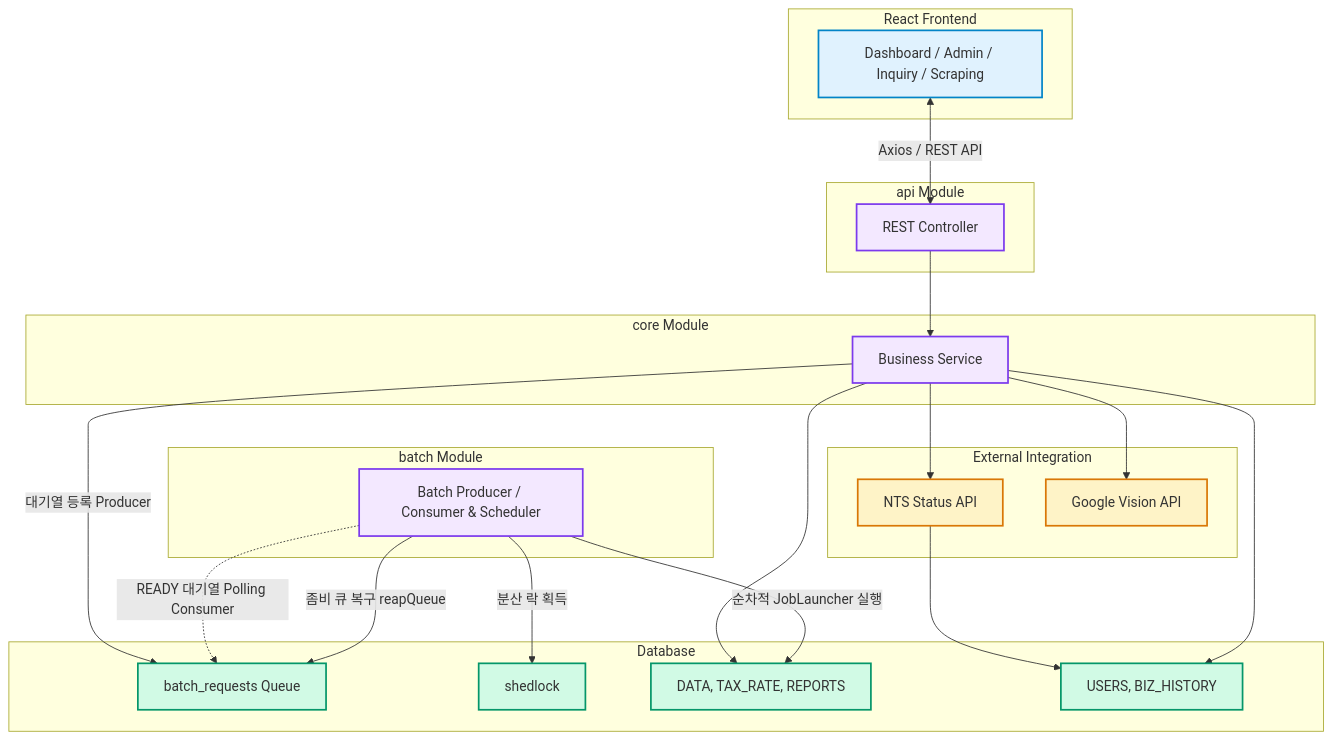
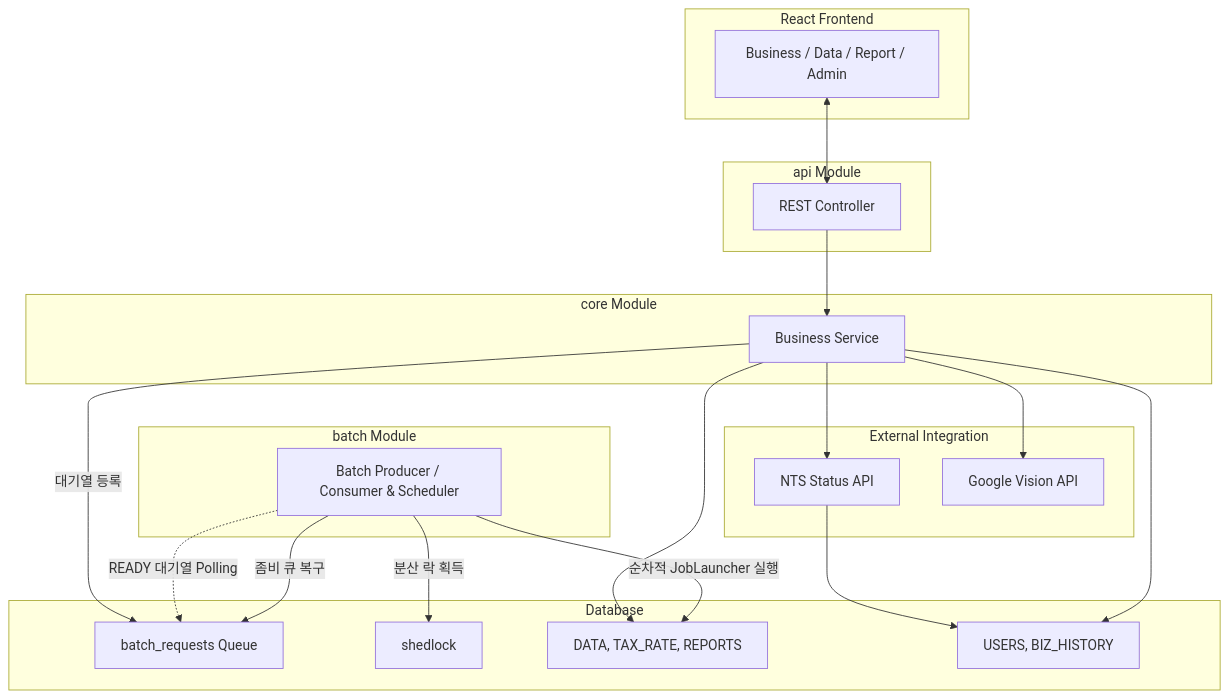
Before and after one commit to solkim7612/BizReport: the first of 2 diagrams in README.md, drawn with Mermaid.

Commit message:
update readme 26.09.15.04

````diff
--- a/README.md
+++ b/README.md
@@ -41,58 +41,53 @@
 ```mermaid
 graph TD
     subgraph FE [React Frontend]
-        UI[Dashboard / Admin / Inquiry / Scraping]
+        UI[Business / Data / Report / Admin]
     end
 
     subgraph EXT [External Integration]
         NTS[NTS Status API]
         GVA[Google Vision API]
     end
 
     subgraph API_L [api Module]
         API[REST Controller]
     end
 
     subgraph CORE_L [core Module]
         CORE[Business Service]
     end
 
     subgraph BATCH_L [batch Module]
         BCON[Batch Producer / Consumer & Scheduler]
     end
 
     subgraph DB [Database]
         REQ[batch_requests Queue]
         SHED[shedlock]
         DATA[DATA, TAX_RATE, REPORTS]
         USR[USERS, BIZ_HISTORY]
     end
 
     %% Frontend & API 흐름
-    UI <-->|Axios / REST API| API
+    UI <--> API
     API --> CORE
     
     %% CORE 상세 흐름
     CORE --> GVA
     CORE --> NTS
     NTS --> USR
-    CORE -->|"대기열 등록 Producer"| REQ
+    CORE -->|"대기열 등록"| REQ
     CORE --> DATA
     CORE --> USR
     
     %% Batch 상세 흐름
-    BCON -.->|"READY 대기열 Polling Consumer"| REQ
+    BCON -.->|"READY 대기열 Polling"| REQ
     BCON -->|"분산 락 획득"| SHED
     BCON -->|"순차적 JobLauncher 실행"| DATA
-    BCON -->|"좀비 큐 복구 reapQueue"| REQ
-    
-    classDef fe fill:#e0f2fe,stroke:#0284c7,stroke-width:2px;
-    classDef ext fill:#fef3c7,stroke:#d97706,stroke-width:2px;
-    classDef mod fill:#f3e8ff,stroke:#7c3aed,stroke-width:2px;
-    classDef db fill:#d1fae5,stroke:#059669,stroke-width:2px;
+    BCON -->|"좀비 큐 복구"| REQ
 
     class UI fe;
     class NTS,GVA ext;
     class API,CORE,BCON mod;
     class REQ,SHED,DATA,USR db;
 ```
````
